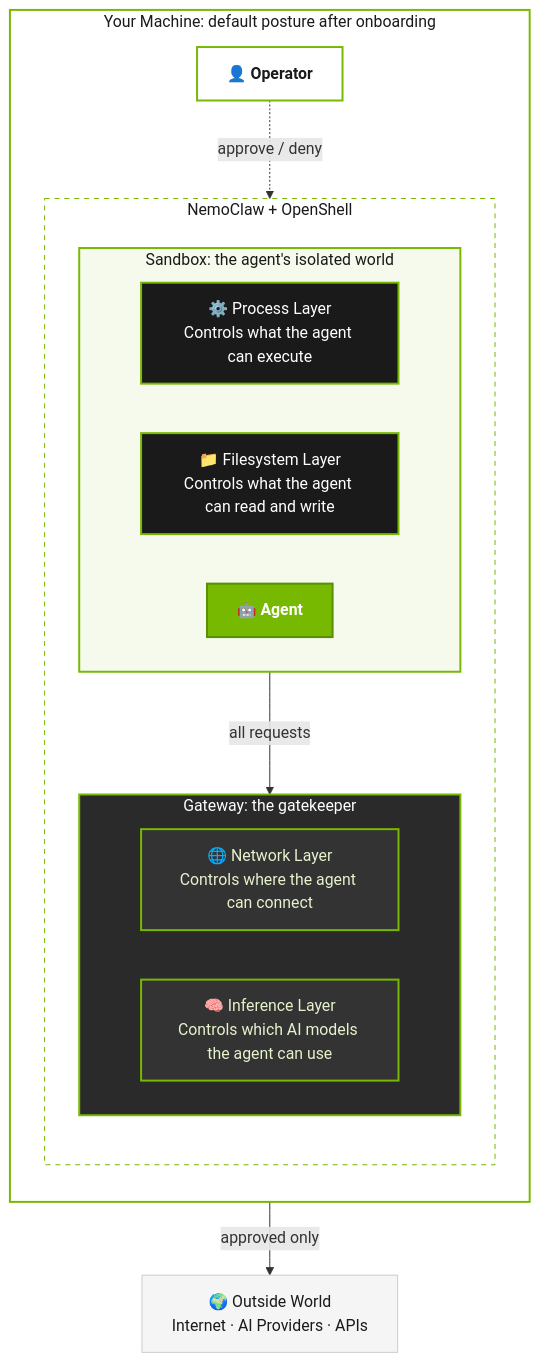
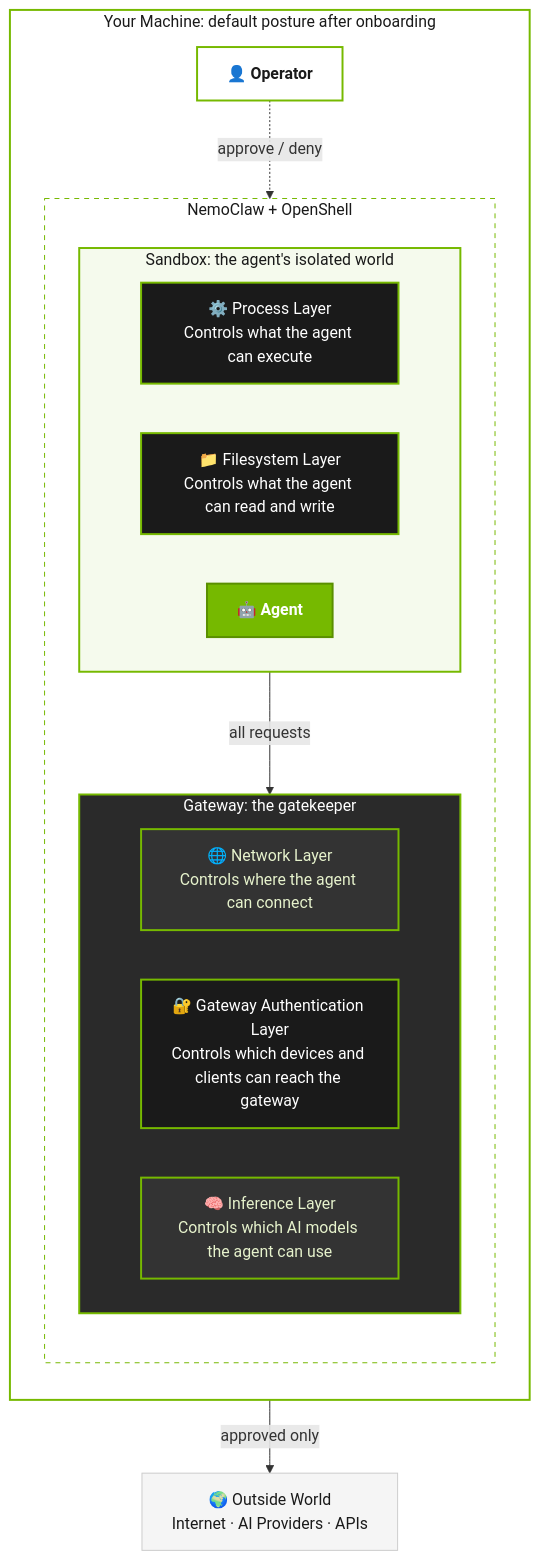
The diagram in docs/security/best-practices.mdx (Solizardking/NemoClaw), drawn with Mermaid before and after one commit. The commit also changed other lines of this file and 1 other file, not shown here.

First line of the commit message:
fix(docs): correct sandbox-hardening link and security layer count (#5099)

````diff
--- a/docs/security/best-practices.mdx
+++ b/docs/security/best-practices.mdx
@@ -35,48 +35,49 @@
 ```mermaid
 flowchart TB
     subgraph HOST["Your Machine: default posture after onboarding"]
         direction TB
 
         YOU["👤 Operator"]
 
         subgraph NC["NemoClaw + OpenShell"]
             direction TB
 
             subgraph SB["Sandbox: the agent's isolated world"]
                 direction LR
                 PROC["⚙️ Process Layer<br/>Controls what the agent can execute"]
                 FS["📁 Filesystem Layer<br/>Controls what the agent can read and write"]
                 AGENT["🤖 Agent"]
             end
 
             subgraph GW["Gateway: the gatekeeper"]
                 direction LR
                 NET["🌐 Network Layer<br/>Controls where the agent can connect"]
+                AUTH["🔐 Gateway Authentication Layer<br/>Controls which devices and clients can reach the gateway"]
                 INF["🧠 Inference Layer<br/>Controls which AI models the agent can use"]
             end
         end
     end
 
     OUTSIDE["🌍 Outside World<br/>Internet · AI Providers · APIs"]
 
     AGENT -- "all requests" --> GW
     GW -- "approved only" --> OUTSIDE
     YOU -. "approve / deny" .-> GW
 
     classDef agent fill:#76b900,stroke:#5a8f00,color:#fff,stroke-width:2px,font-weight:bold
     classDef locked fill:#1a1a1a,stroke:#76b900,color:#fff,stroke-width:2px
     classDef hot fill:#333,stroke:#76b900,color:#e6f2cc,stroke-width:2px
     classDef external fill:#f5f5f5,stroke:#ccc,color:#1a1a1a,stroke-width:1px
     classDef operator fill:#fff,stroke:#76b900,color:#1a1a1a,stroke-width:2px,font-weight:bold
 
     class AGENT agent
-    class PROC,FS locked
+    class PROC,FS,AUTH locked
     class NET,INF hot
     class OUTSIDE external
     class YOU operator
 
     style HOST fill:none,stroke:#76b900,stroke-width:2px,color:#1a1a1a
     style NC fill:none,stroke:#76b900,stroke-width:1px,stroke-dasharray:5 5,color:#1a1a1a
     style SB fill:#f5faed,stroke:#76b900,stroke-width:2px,color:#1a1a1a
     style GW fill:#2a2a2a,stroke:#76b900,stroke-width:2px,color:#fff
 ```
````
